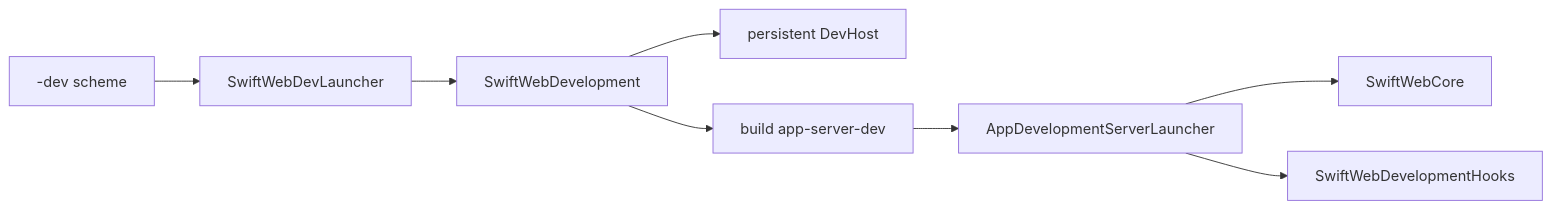
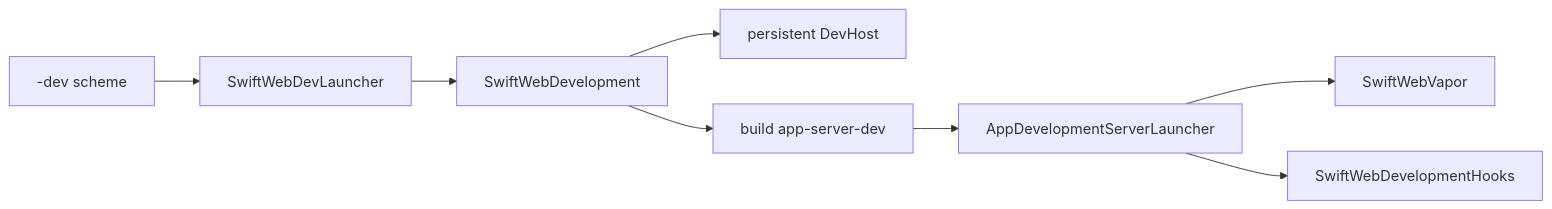
The ninth of 10 diagrams in Sources/SwiftWebCLI/README.md (1amageek/swift-web), drawn with Mermaid before and after one commit. The commit also changed other lines of this file and 62 other files, not shown here.

````diff
--- a/Sources/SwiftWebCLI/README.md
+++ b/Sources/SwiftWebCLI/README.md
@@ -230,10 +231,10 @@
 ```mermaid
 flowchart LR
   A["<AppName>-dev scheme"] --> B["SwiftWebDevLauncher"]
   B --> C["SwiftWebDevelopment"]
   C --> D["persistent DevHost"]
   C --> E["build app-server-dev"]
   E --> F["AppDevelopmentServerLauncher"]
-  F --> G["SwiftWebCore"]
+  F --> G["SwiftWebVapor"]
   F --> H["SwiftWebDevelopmentHooks"]
 ```
````
